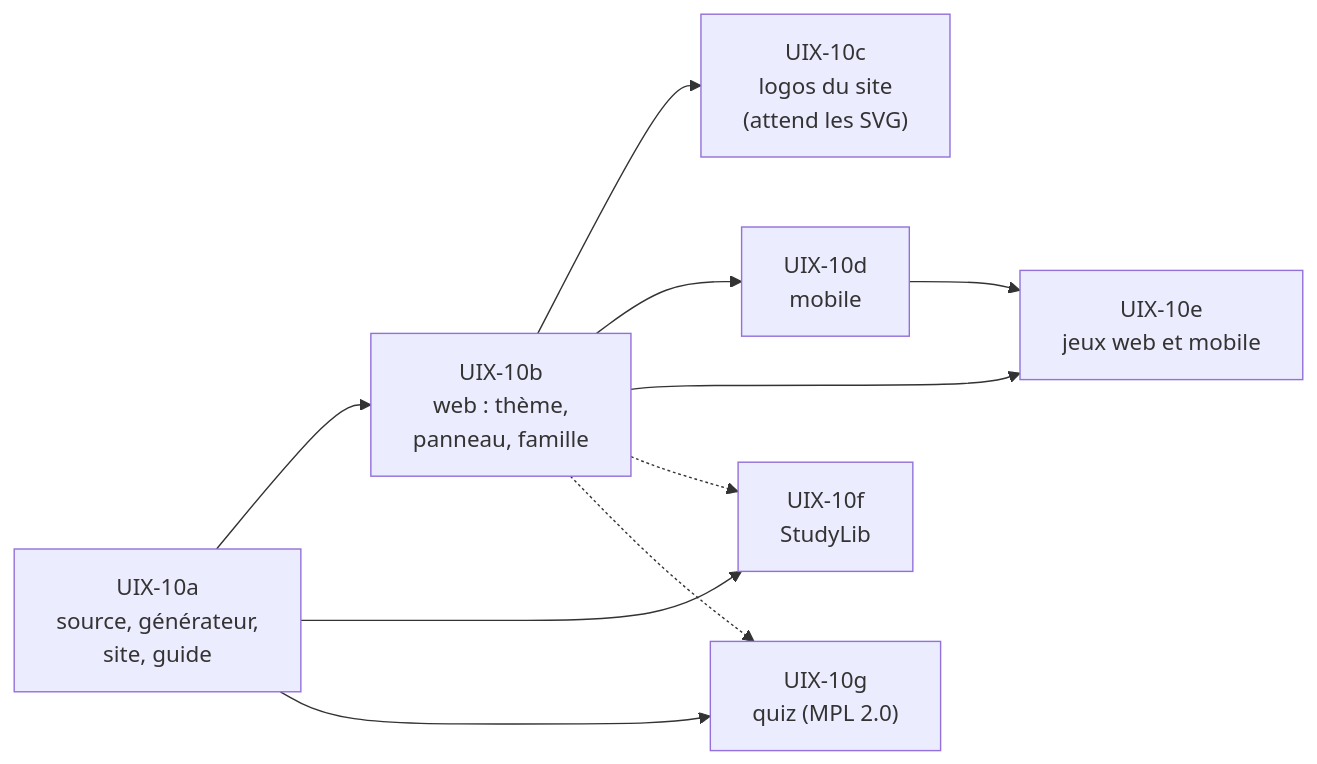
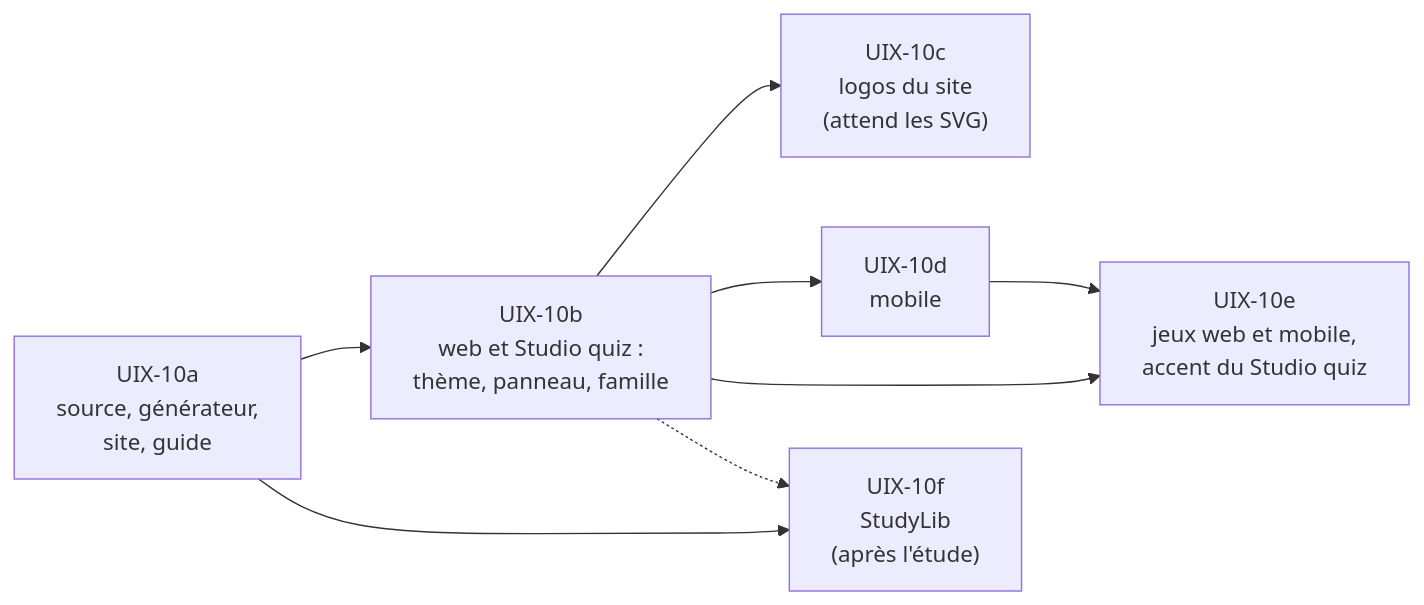
One commit to Claude20022002/Planner changed the second of 2 diagrams in docs/conception/interface/uix-10-charte-commune.md. Above: the diagram before and after it, drawn with Mermaid. The commit also changed other lines of this file and 1 other file, not shown here.

First line of the commit message:
UIX-10 : UIX-10g retirée (ClassQuiz sort avec QJE-06, chef, 18 nov.)

````diff
--- a/docs/conception/interface/uix-10-charte-commune.md
+++ b/docs/conception/interface/uix-10-charte-commune.md
@@ -166,12 +167,10 @@
 ```mermaid
 flowchart LR
-    A["UIX-10a<br/>source, générateur,<br/>site, guide"] --> B["UIX-10b<br/>web : thème,<br/>panneau, famille"]
+    A["UIX-10a<br/>source, générateur,<br/>site, guide"] --> B["UIX-10b<br/>web et Studio quiz :<br/>thème, panneau, famille"]
     B --> C["UIX-10c<br/>logos du site<br/>(attend les SVG)"]
     B --> D["UIX-10d<br/>mobile"]
-    B --> E["UIX-10e<br/>jeux web et mobile"]
+    B --> E["UIX-10e<br/>jeux web et mobile,<br/>accent du Studio quiz"]
     D --> E
-    A --> F["UIX-10f<br/>StudyLib"]
-    A --> G["UIX-10g<br/>quiz (MPL 2.0)"]
+    A --> F["UIX-10f<br/>StudyLib<br/>(après l'étude)"]
     B -.-> F
-    B -.-> G
 ```
````
